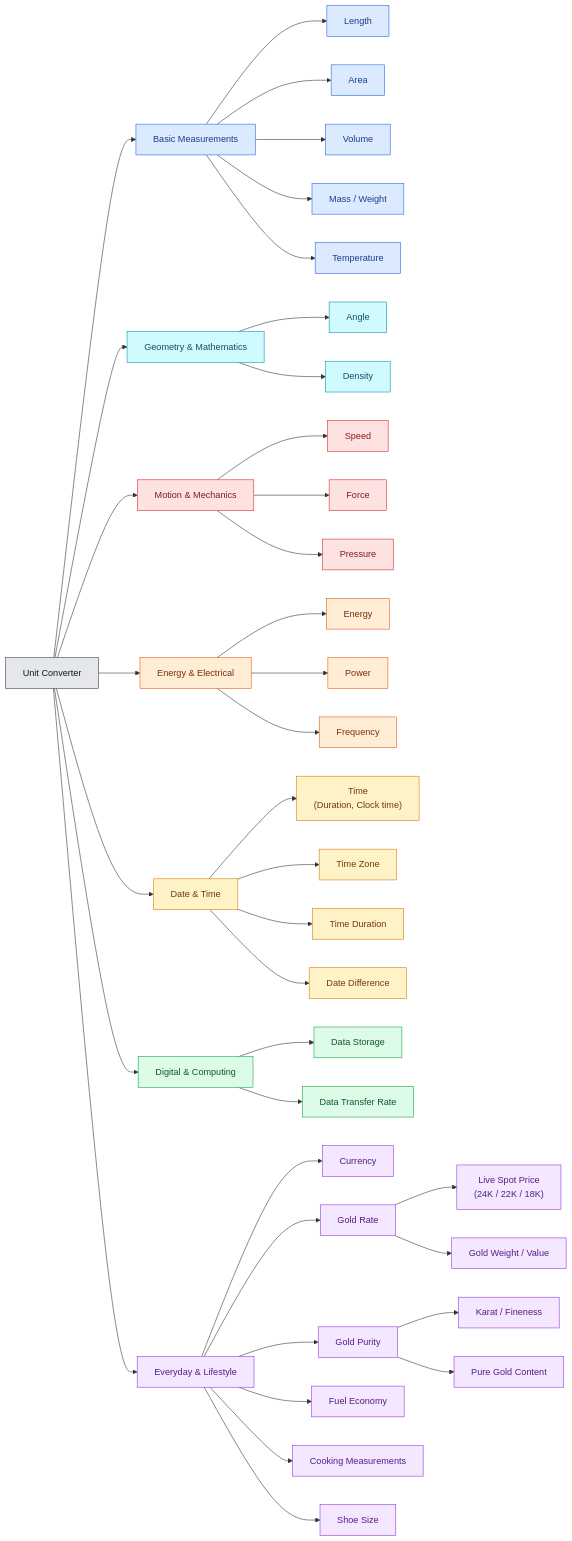
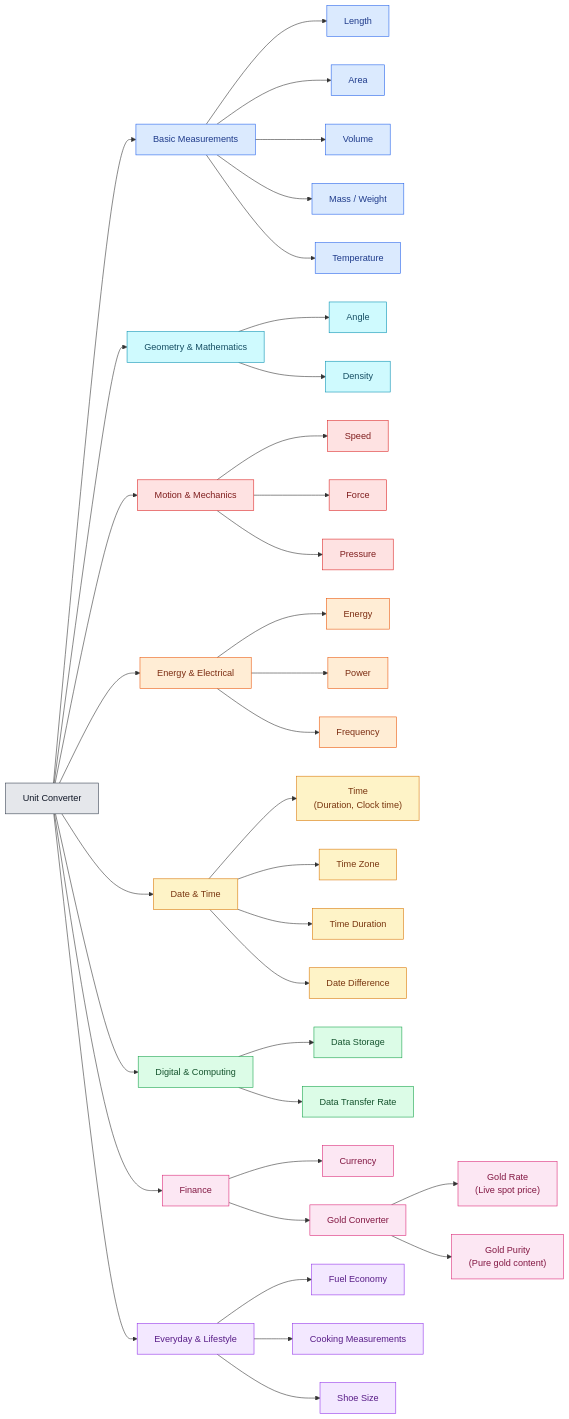
One commit to Aniruddha-25/unit-convertor changed the diagram in README.md. Above: the diagram before and after it, drawn with Mermaid. The commit also changed 10 other files, not shown here.

First line of the commit message:
Unify gold rate and purity converters

````diff
--- a/README.md
+++ b/README.md
@@ -10,67 +10,68 @@
 ```mermaid
 flowchart LR
     A["Unit Converter"]
 
     A --> B["Basic Measurements"]
     A --> C["Geometry & Mathematics"]
     A --> D["Motion & Mechanics"]
     A --> E["Energy & Electrical"]
     A --> F["Date & Time"]
     A --> G["Digital & Computing"]
+    A --> I["Finance"]
     A --> H["Everyday & Lifestyle"]
 
     B --> B1["Length"]
     B --> B2["Area"]
     B --> B3["Volume"]
     B --> B4["Mass / Weight"]
     B --> B5["Temperature"]
 
     C --> C1["Angle"]
     C --> C2["Density"]
 
     D --> D1["Speed"]
     D --> D2["Force"]
     D --> D3["Pressure"]
 
     E --> E1["Energy"]
     E --> E2["Power"]
     E --> E3["Frequency"]
 
     F --> F1["Time<br/>(Duration, Clock time)"]
     F --> F2["Time Zone"]
     F --> F3["Time Duration"]
     F --> F4["Date Difference"]
 
     G --> G1["Data Storage"]
     G --> G2["Data Transfer Rate"]
 
-    H --> H0["Currency"]
-    H --> H4["Gold Rate"]
-    H4 --> H4a["Live Spot Price<br/>(24K / 22K / 18K)"]
-    H4 --> H4b["Gold Weight / Value"]
-    H --> H5["Gold Purity"]
-    H5 --> H5a["Karat / Fineness"]
-    H5 --> H5b["Pure Gold Content"]
+    I --> I1["Currency"]
+    I --> I2["Gold Converter"]
+    I2 --> I2a["Gold Rate<br/>(Live spot price)"]
+    I2 --> I2b["Gold Purity<br/>(Pure gold content)"]
+
     H --> H1["Fuel Economy"]
     H --> H2["Cooking Measurements"]
     H --> H3["Shoe Size"]
 
     classDef root fill:#e5e7eb,stroke:#374151,color:#111827
     classDef basic fill:#dbeafe,stroke:#2563eb,color:#1e3a8a
     classDef geometry fill:#cffafe,stroke:#0891b2,color:#164e63
     classDef motion fill:#fee2e2,stroke:#dc2626,color:#7f1d1d
     classDef energy fill:#ffedd5,stroke:#ea580c,color:#7c2d12
     classDef datetime fill:#fef3c7,stroke:#d97706,color:#78350f
     classDef digital fill:#dcfce7,stroke:#16a34a,color:#14532d
+    classDef finance fill:#fce7f3,stroke:#db2777,color:#831843
     classDef lifestyle fill:#f3e8ff,stroke:#9333ea,color:#581c87
   
 
     class A root
     class B,B1,B2,B3,B4,B5 basic
     class C,C1,C2 geometry
     class D,D1,D2,D3 motion
     class E,E1,E2,E3 energy
     class F,F1,F2,F3,F4 datetime
     class G,G1,G2 digital
-    class H,H0,H1,H2,H3,H4,H4a,H4b,H5,H5a,H5b lifestyle
+    class I,I1,I2,I2a,I2b finance
+    class H,H1,H2,H3 lifestyle
 ```
````
